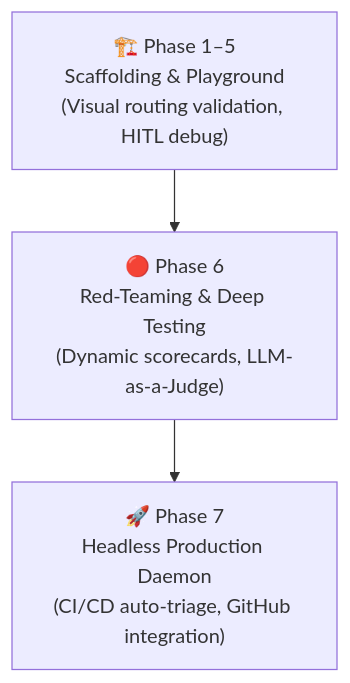
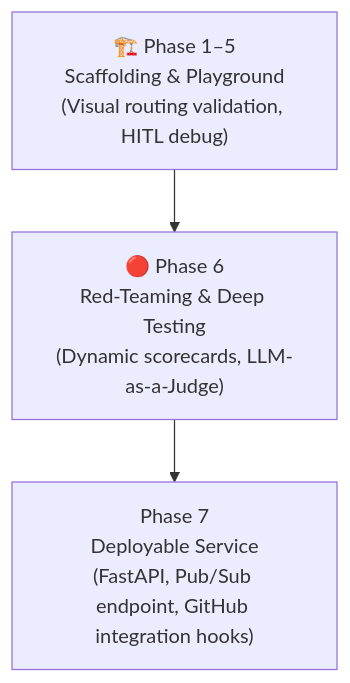
Before and after one commit to ryemyster/capability-arbitrator: the diagram in docs/STRATEGY.md, drawn with Mermaid. The commit also changed other lines of this file and 19 other files, not shown here.

Commit message:
docs: clarify architecture and CI/CD setup

````diff
--- a/docs/STRATEGY.md
+++ b/docs/STRATEGY.md
@@ -34,7 +36,7 @@
 ```mermaid
 flowchart TD
     A["🏗️ Phase 1–5\nScaffolding & Playground\n(Visual routing validation, HITL debug)"]
     B["🔴 Phase 6\nRed-Teaming & Deep Testing\n(Dynamic scorecards, LLM-as-a-Judge)"]
-    C["🚀 Phase 7\nHeadless Production Daemon\n(CI/CD auto-triage, GitHub integration)"]
+    C["Phase 7\nDeployable Service\n(FastAPI, Pub/Sub endpoint, GitHub integration hooks)"]
     A --> B --> C
 ```
````
